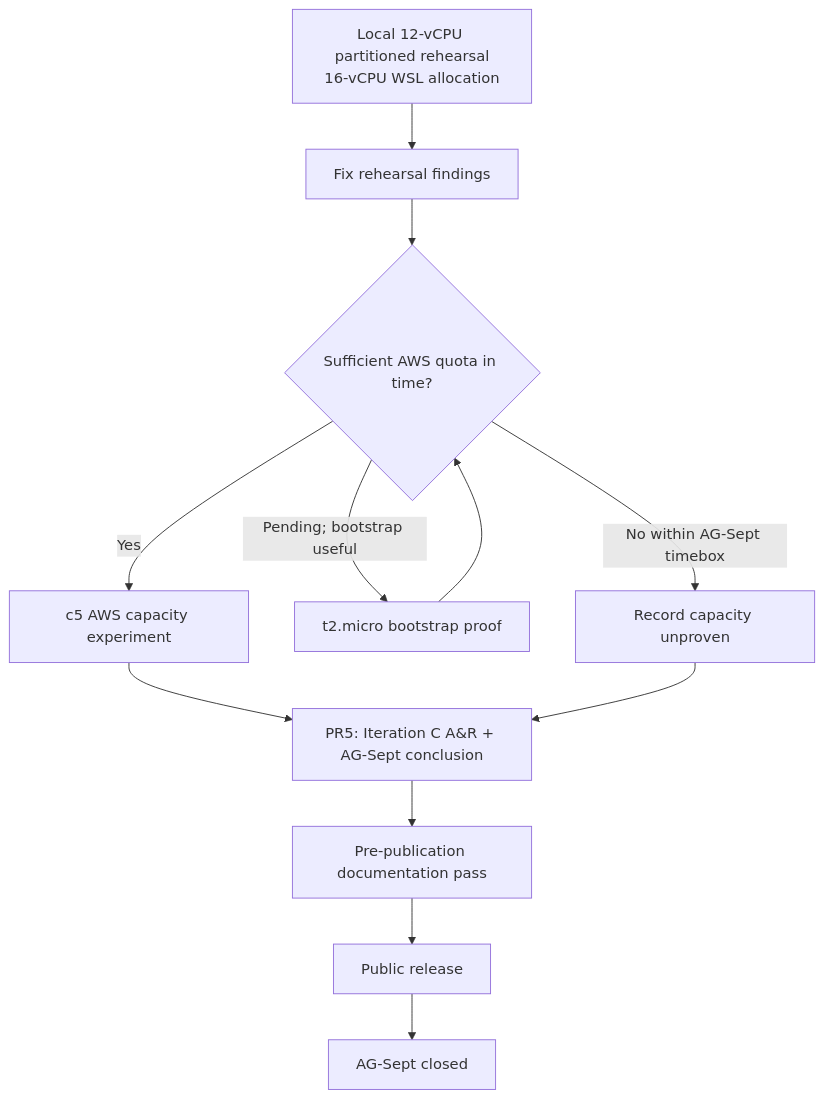
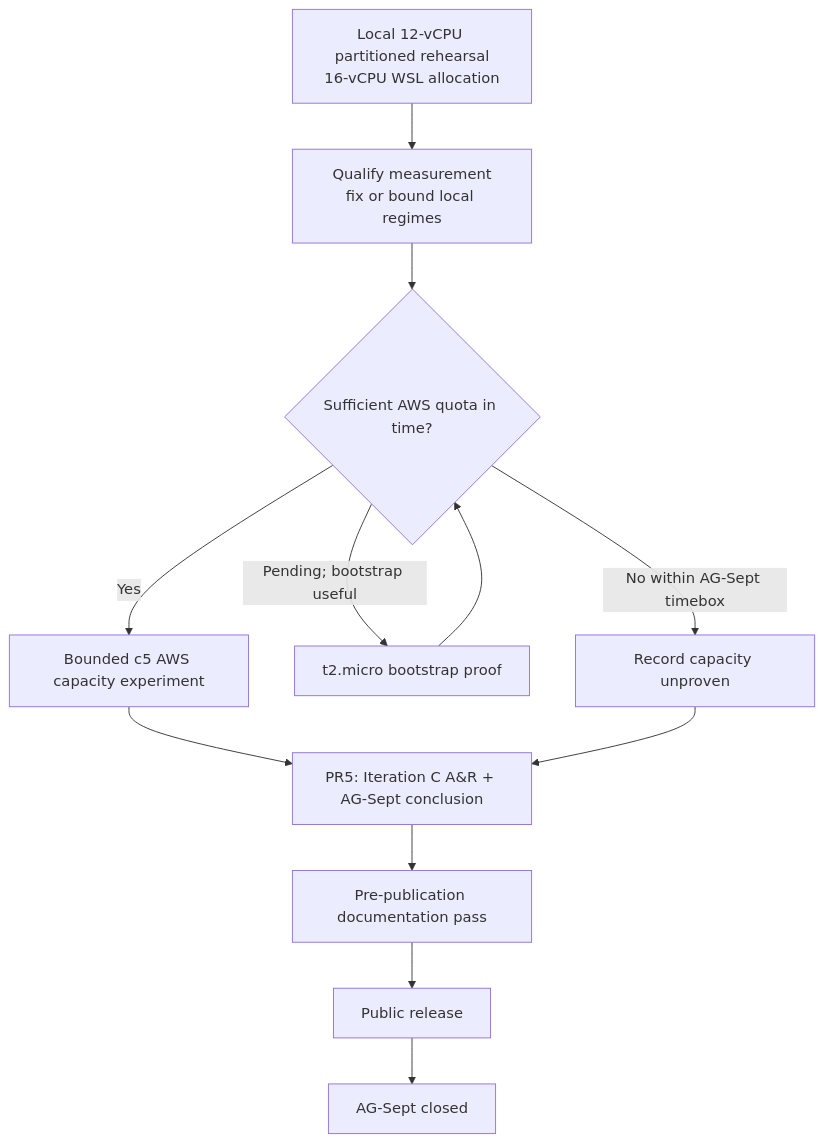
The diagram in docs/planning/ag-sept-plan.md (nancysworld/alloca-go), drawn with Mermaid before and after one commit. The commit also changed other lines of this file, not shown here.

Commit message:
docs: rebalance PR4 around local measurement qualification

````diff
--- a/docs/planning/ag-sept-plan.md
+++ b/docs/planning/ag-sept-plan.md
@@ -359,14 +403,14 @@
 ```mermaid
 flowchart TD
-    A[Local 12-vCPU partitioned rehearsal<br/>16-vCPU WSL allocation] --> B[Fix rehearsal findings]
+    A[Local 12-vCPU partitioned rehearsal<br/>16-vCPU WSL allocation] --> B[Qualify measurement<br/>fix or bound local regimes]
     B --> C{Sufficient AWS quota in time?}
-    C -->|Yes| D[c5 AWS capacity experiment]
+    C -->|Yes| D[Bounded c5 AWS capacity experiment]
     C -->|Pending; bootstrap useful| E[t2.micro bootstrap proof]
     E --> C
     C -->|No within AG-Sept timebox| F[Record capacity unproven]
     D --> G[PR5: Iteration C A&R + AG-Sept conclusion]
     F --> G
     G --> H[Pre-publication documentation pass]
     H --> I[Public release]
     I --> J[AG-Sept closed]
 ```
````
